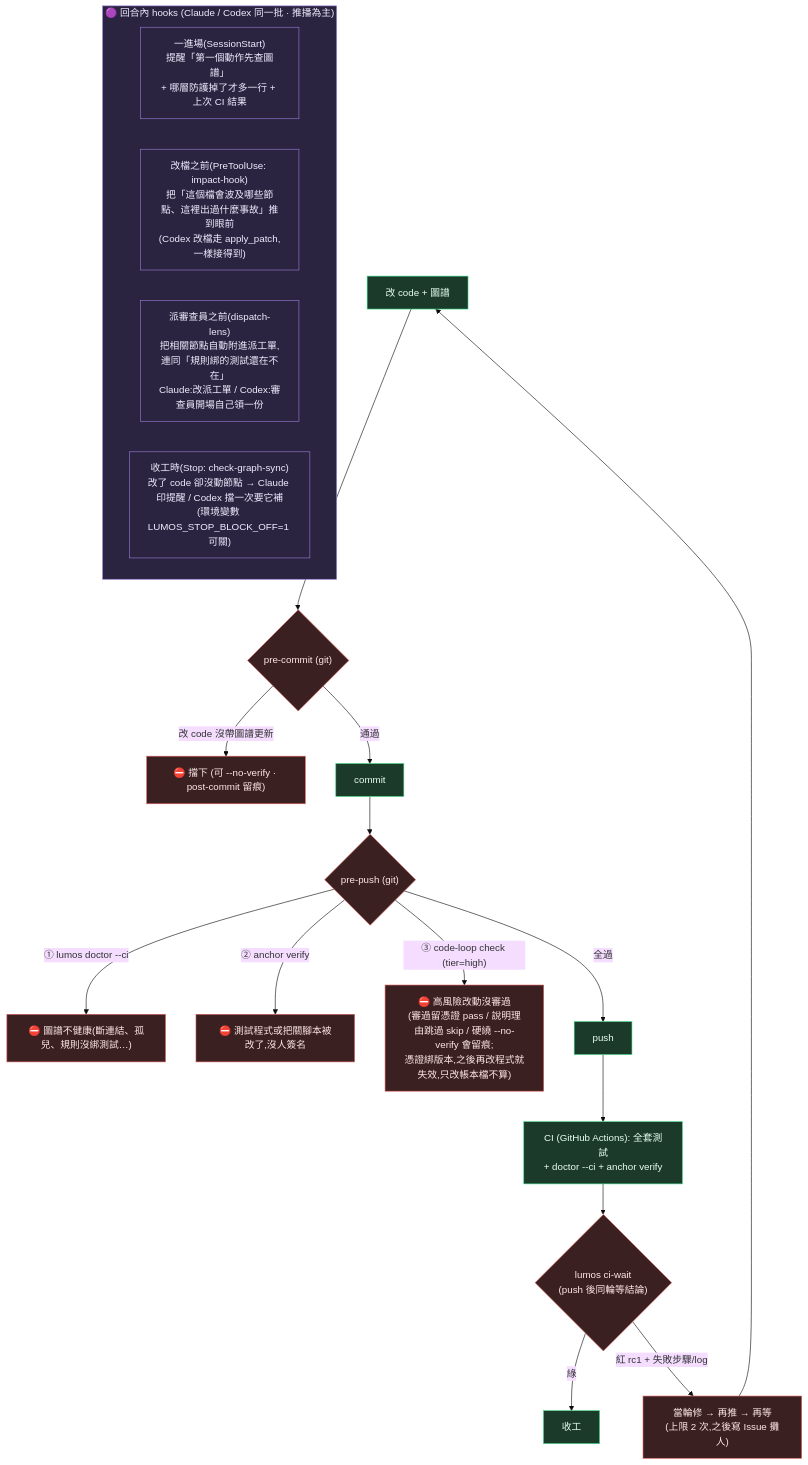
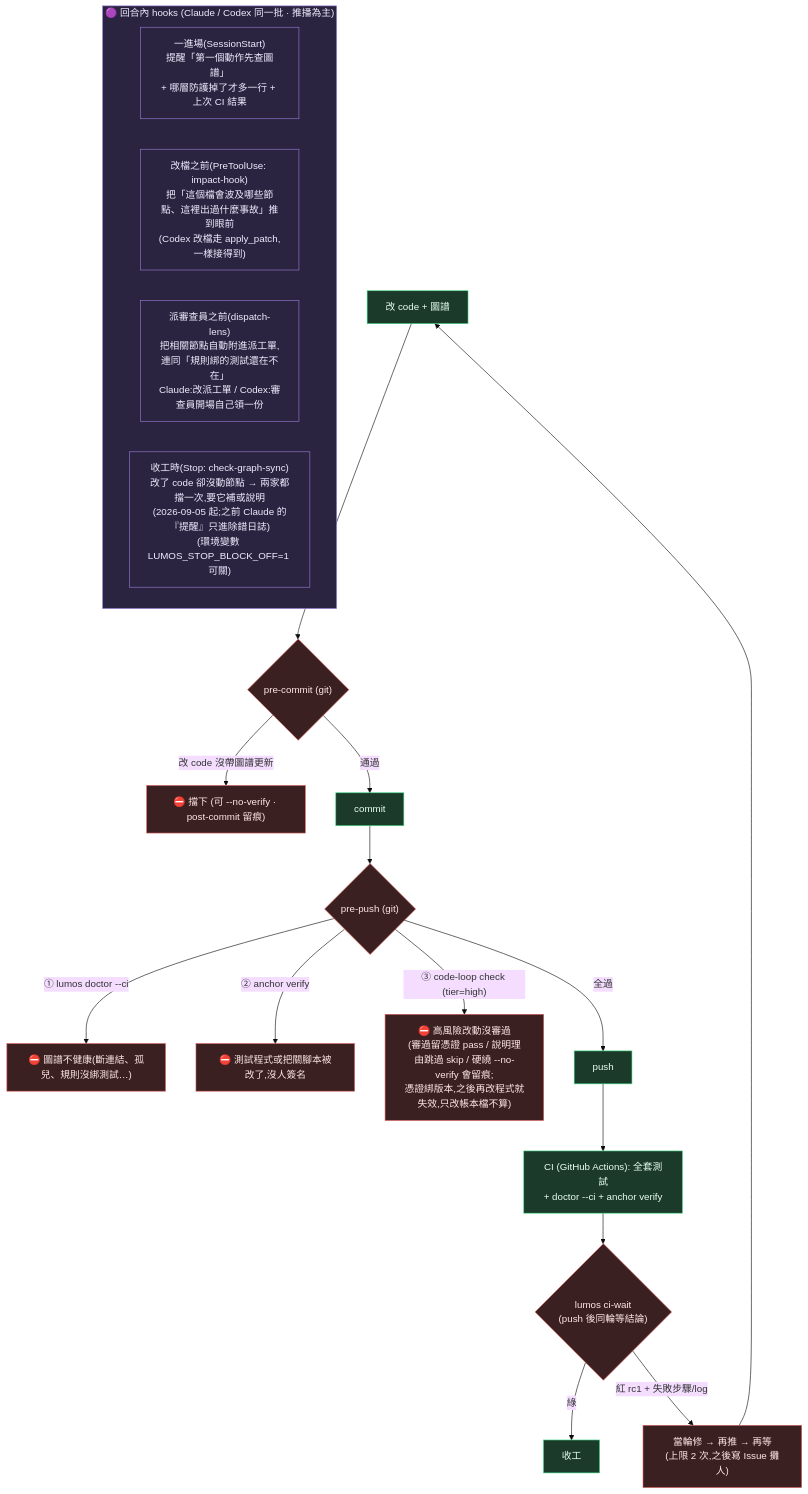
One commit to EnzoHsieh-Android/Lumos changed the fourth of 5 diagrams in ARCHITECTURE.md. Above: the diagram before and after it, drawn with Mermaid (base theme). The commit also changed other lines of this file and 20 other files, not shown here.

First line of the commit message:
fix+docs(README 審視五修): ①pre-commit/post-commit 認 shebang 腳本(scripts/lumos 五月起 26 次漏過)②收工擋一次兩家一致(Claude 舊 stderr 提醒官方文件明講模型看不到)③自主迴圈暫停派工(七週收斂 0、每週 210–330 美元;LUMOS_AUTOLOOP=1 開回)④README 中英補「成本與界線」一節⑤enforcement Codex 字句;文件與圖譜同步、兩條決策入帳

````diff
--- a/ARCHITECTURE.md
+++ b/ARCHITECTURE.md
@@ -145,32 +145,32 @@
 ```mermaid
 flowchart TB
     subgraph BEFORE["🟣 回合內 hooks (Claude / Codex 同一批 · 推播為主)"]
         ENTRY["一進場(SessionStart)<br/>提醒「第一個動作先查圖譜」<br/>+ 哪層防護掉了才多一行 + 上次 CI 結果"]
         PRE["改檔之前(PreToolUse: impact-hook)<br/>把「這個檔會波及哪些節點、這裡出過什麼事故」推到眼前<br/>(Codex 改檔走 apply_patch,一樣接得到)"]
         LENS["派審查員之前(dispatch-lens)<br/>把相關節點自動附進派工單,連同「規則綁的測試還在不在」<br/>Claude:改派工單 / Codex:審查員開場自己領一份"]
-        STOPH["收工時(Stop: check-graph-sync)<br/>改了 code 卻沒動節點 → Claude 印提醒 / Codex 擋一次要它補<br/>(環境變數 LUMOS_STOP_BLOCK_OFF=1 可關)"]
+        STOPH["收工時(Stop: check-graph-sync)<br/>改了 code 卻沒動節點 → 兩家都擋一次,要它補或說明<br/>(2026-09-05 起;之前 Claude 的『提醒』只進除錯日誌)<br/>(環境變數 LUMOS_STOP_BLOCK_OFF=1 可關)"]
     end
 
     EDIT["改 code + 圖譜"] --> PC{"pre-commit (git)"}
     PC -->|"改 code 沒帶圖譜更新"| BLOCK["⛔ 擋下 (可 --no-verify · post-commit 留痕)"]
     PC -->|通過| COMMIT["commit"]
 
     COMMIT --> PUSH{"pre-push (git)"}
     PUSH -->|"① lumos doctor --ci"| PB1["⛔ 圖譜不健康(斷連結、孤兒、規則沒綁測試…)"]
     PUSH -->|"② anchor verify"| PB2["⛔ 測試程式或把關腳本被改了,沒人簽名"]
     PUSH -->|"③ code-loop check (tier=high)"| PB3["⛔ 高風險改動沒審過<br/>(審過留憑證 pass / 說明理由跳過 skip / 硬繞 --no-verify 會留痕;<br/>憑證綁版本,之後再改程式就失效,只改帳本檔不算)"]
     PUSH -->|全過| PASS["push"]
     PASS --> CI["CI (GitHub Actions): 全套測試<br/>+ doctor --ci + anchor verify"]
     CI --> WAIT{"lumos ci-wait<br/>(push 後同輪等結論)"}
     WAIT -->|綠| DONE["收工"]
     WAIT -->|"紅 rc1 + 失敗步驟/log"| FIX["當輪修 → 再推 → 再等<br/>(上限 2 次,之後寫 Issue 攤人)"]
     FIX --> EDIT
 
     classDef gate fill:#3a2020,stroke:#dc5b5b,color:#ffe8e8
     classDef ok fill:#1b3a2a,stroke:#3ddc84,color:#e8fff0
     classDef push fill:#2a2440,stroke:#9a7bd6,color:#f0ecff
     class PC,PUSH,BLOCK,PB1,PB2,PB3 gate
     class COMMIT,PASS,CI,EDIT,DONE ok
     class WAIT,FIX gate
     class BEFORE,ENTRY,PRE,LENS,STOPH push
 ```
````
